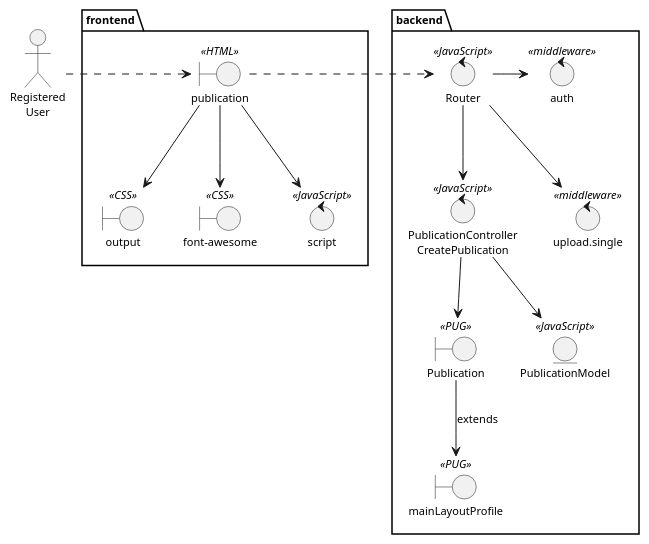
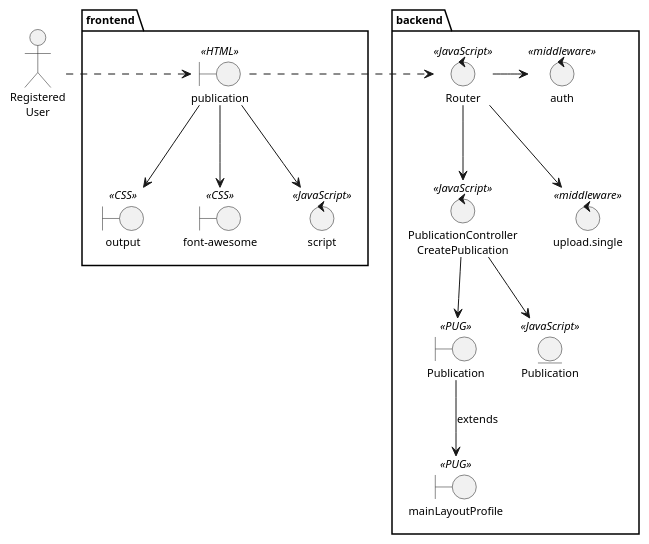
One commit to mpaulaherrero/tesis-frameworks-backend-diagrams changed the diagram in logicalView/designView/express/usecaseDesign/designClassDiagramUC7.plantuml. Above: the diagram before and after it, drawn with PlantUML. The commit also changed 4 other files, not shown here.

Commit message:
cambio de nombre de modelo y postgresql en diagrama de secuencia

```diff
--- a/logicalView/designView/express/usecaseDesign/designClassDiagramUC7.plantuml
+++ b/logicalView/designView/express/usecaseDesign/designClassDiagramUC7.plantuml
@@ -1,38 +1,38 @@
 @startuml
 skinparam style strictuml
 skinparam defaultTextAlignment center
 skinparam defaultFontSize 11
 
 actor "Registered\nUser" as UserReg
 
 ' This is a comment on a single line
 package backend {
     boundary "Publication" as PublicationDetailView << PUG >>
     boundary "mainLayoutProfile" as mainLayoutProfileView << PUG >>
     control "PublicationController\nCreatePublication" as CreatePublicationController << JavaScript >>
     control Router << JavaScript >>
     control auth << middleware >>
     control "upload.single" as uploadSingle << middleware >>
-    entity PublicationModel << JavaScript >>
+    entity Publication << JavaScript >>
 }
 
 package frontend {
     boundary "publication" as PublicationHtml << HTML >>
     boundary "output" as outputCss << CSS >>
     boundary "font-awesome" as fontCss << CSS >>
     control script << JavaScript >>
 }
 
 UserReg .r.> PublicationHtml
 PublicationHtml -d-> outputCss
 PublicationHtml -d-> fontCss
 PublicationHtml -d-> script
 PublicationHtml .r.> Router
 Router -> auth
 Router -d-> uploadSingle
 Router -d-> CreatePublicationController
 CreatePublicationController -d-> PublicationDetailView
-CreatePublicationController -d-> PublicationModel
+CreatePublicationController -d-> Publication
 PublicationDetailView -d-> mainLayoutProfileView: extends
 
 @enduml
```
